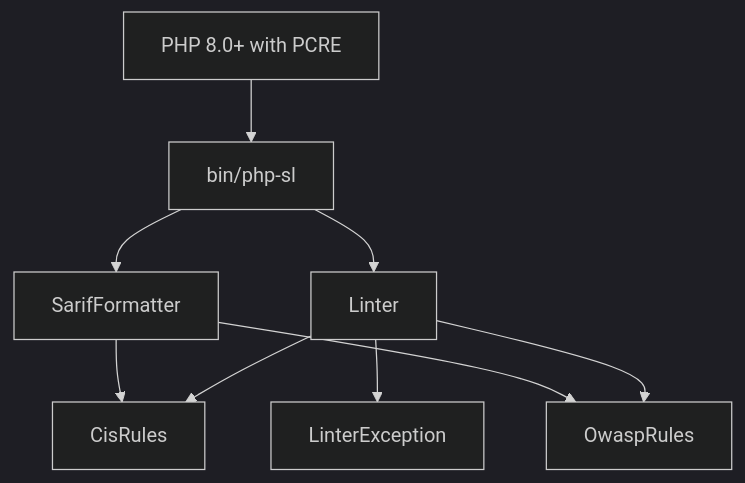
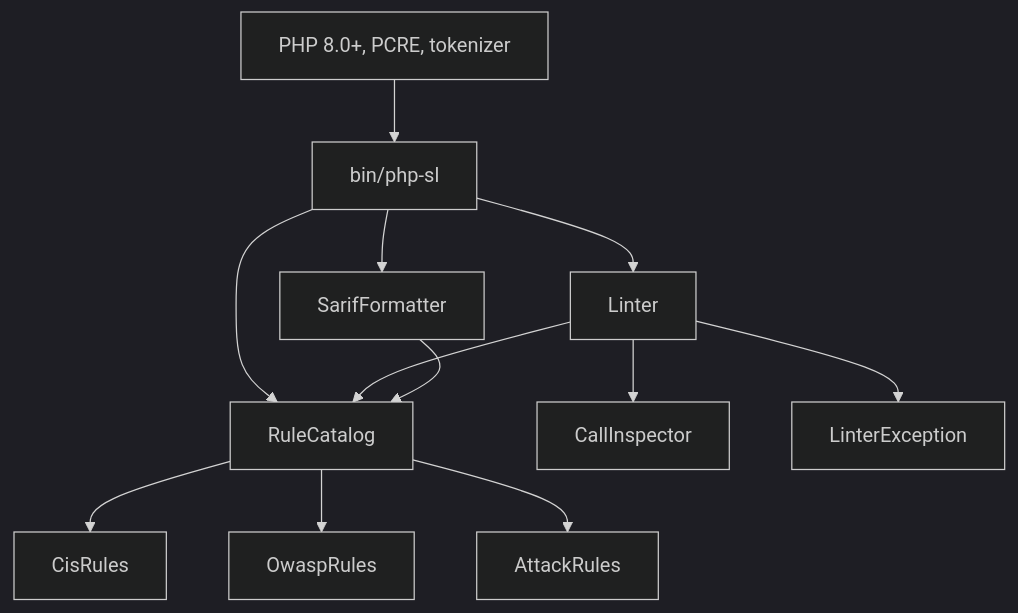
Before and after one commit to Yousha/php-security-linter: the diagram in resources/images/diagrams/source/Component-diagram.mermaid, drawn with Mermaid (dark theme). The commit also changed 18 other files, not shown here.

Commit message:
Expand the catalog to 48 rules with OWASP checks and opt-in ATT&CK indicators

```diff
--- a/resources/images/diagrams/source/Component-diagram.mermaid
+++ b/resources/images/diagrams/source/Component-diagram.mermaid
@@ -1,9 +1,12 @@
 flowchart TD
-    Runtime["PHP 8.0+ with PCRE"] --> Cli["bin/php-sl"]
+    Runtime["PHP 8.0+, PCRE, tokenizer"] --> Cli["bin/php-sl"]
     Cli --> Linter["Linter"]
     Cli --> Sarif["SarifFormatter"]
-    Linter --> CIS["CisRules"]
-    Linter --> OWASP["OwaspRules"]
-    Sarif --> CIS
-    Sarif --> OWASP
+    Cli --> Catalog["RuleCatalog"]
+    Linter --> Catalog
+    Sarif --> Catalog
+    Catalog --> CIS["CisRules"]
+    Catalog --> OWASP["OwaspRules"]
+    Catalog --> ATTACK["AttackRules"]
+    Linter --> Calls["CallInspector"]
     Linter --> Exception["LinterException"]
```
